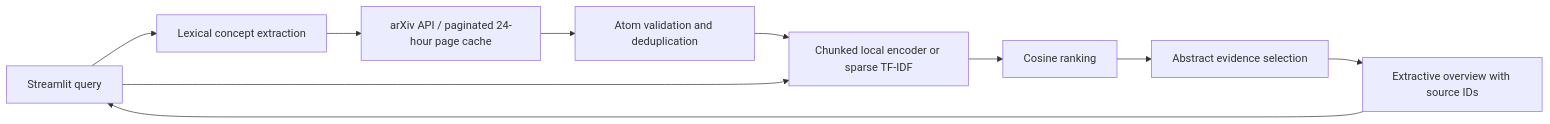
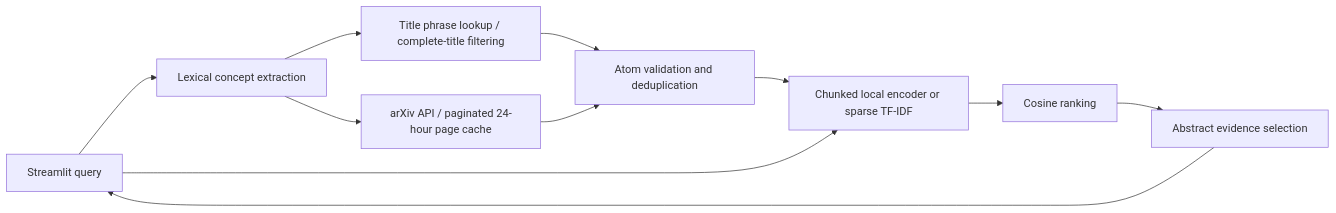
One commit to ArtemDziuba/Paper-Discovery-Assistant changed the first of 2 diagrams in docs/architecture.md. Above: the diagram before and after it, drawn with Mermaid. The commit also changed other lines of this file and 54 other files, not shown here.

````diff
--- a/docs/architecture.md
+++ b/docs/architecture.md
@@ -6,12 +6,13 @@
 ```mermaid
 flowchart LR
     UI[Streamlit query] --> Q[Lexical concept extraction]
+    Q --> T[Title phrase lookup / complete-title filtering]
     Q --> R[arXiv API / paginated 24-hour page cache]
+    T --> P
     R --> P[Atom validation and deduplication]
     P --> E[Chunked local encoder or sparse TF-IDF]
     UI --> E
     E --> S[Cosine ranking]
     S --> X[Abstract evidence selection]
-    X --> O[Extractive overview with source IDs]
-    O --> UI
+    X --> UI
 ```
````
